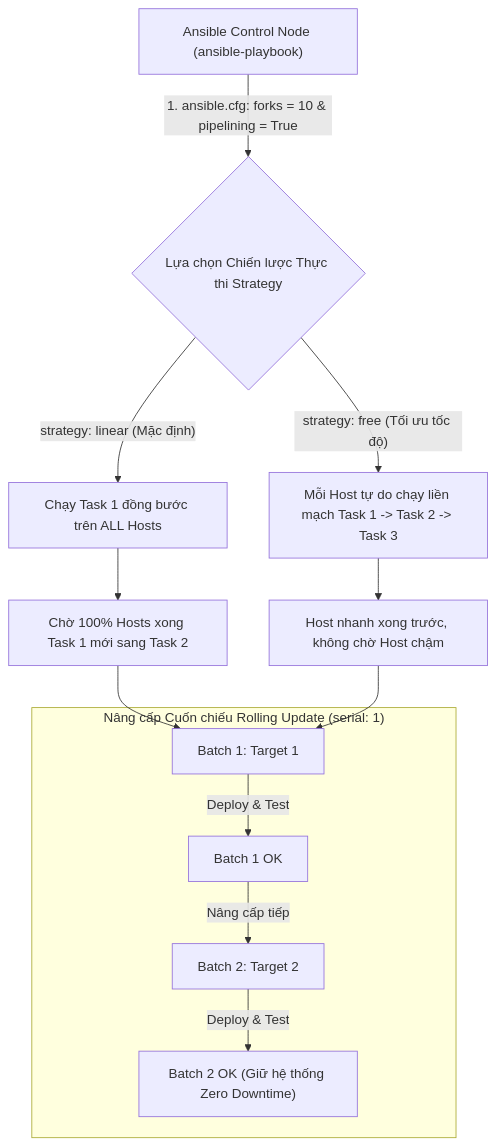
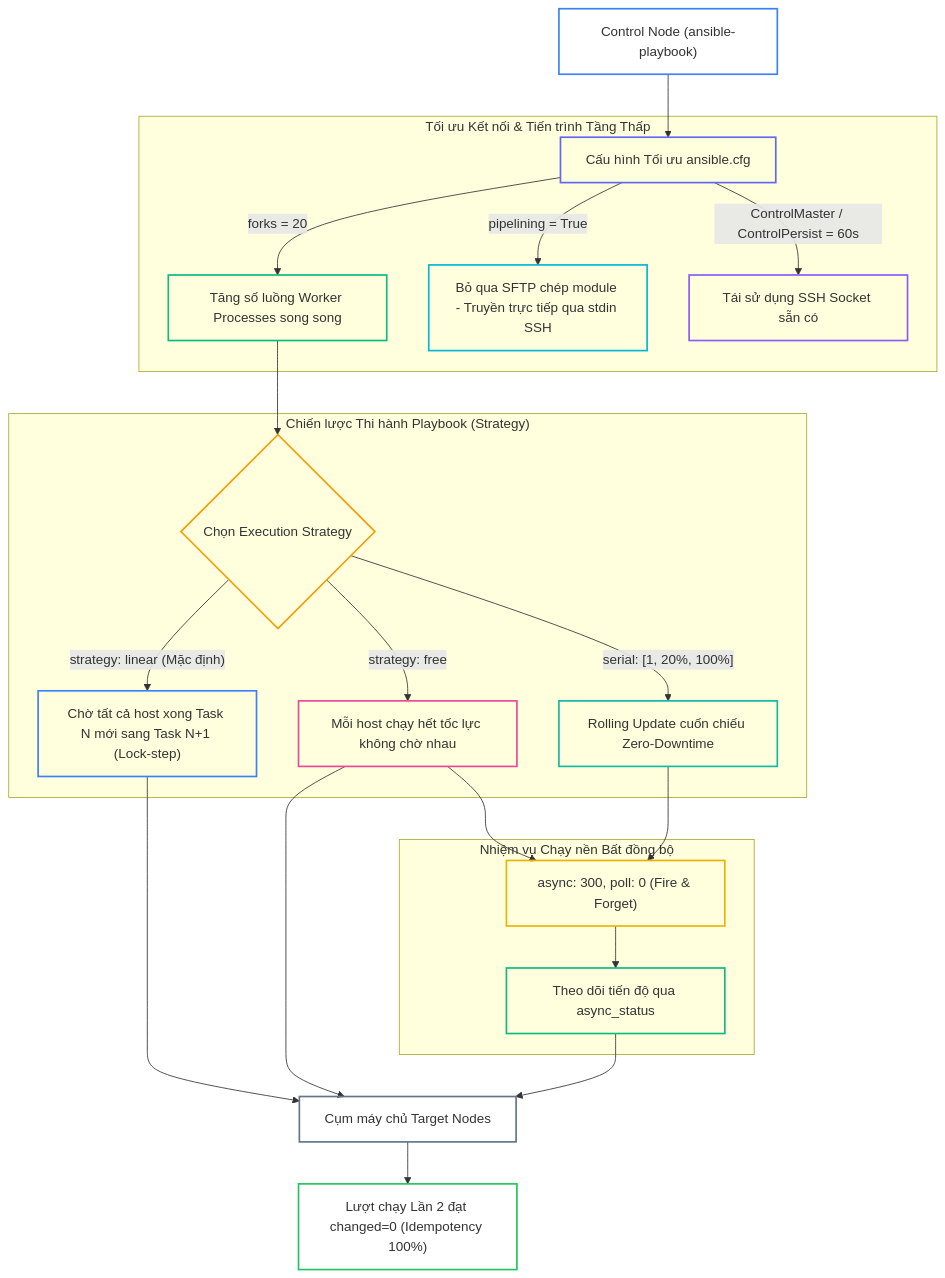
The first of 3 diagrams in _posts/2026-09-13-ansible-22-22-strategy-performance.md (kiennt308/ntk), drawn with Mermaid before and after one commit. The commit also changed other lines of this file and 30 other files, not shown here.

Commit message:
refactor(ansible): standardize all 31 posts to 7-section structure and clean QA cards

````diff
--- a/_posts/2026-09-13-ansible-22-22-strategy-performance.md
+++ b/_posts/2026-09-13-ansible-22-22-strategy-performance.md
@@ -82,19 +35,43 @@
 ```mermaid
 graph TD
-    A["Ansible Control Node (ansible-playbook)"] -->|"1. ansible.cfg: forks = 10 & pipelining = True"| B{"Lựa chọn Chiến lược Thực thi Strategy"}
+    A["Control Node (ansible-playbook)"] --> B["Cấu hình Tối ưu ansible.cfg"]
     
-    B -- "strategy: linear (Mặc định)" --> C["Chạy Task 1 đồng bước trên ALL Hosts"]
-    C --> D["Chờ 100% Hosts xong Task 1 mới sang Task 2"]
-    
-    B -- "strategy: free (Tối ưu tốc độ)" --> E["Mỗi Host tự do chạy liền mạch Task 1 -> Task 2 -> Task 3"]
-    E --> F["Host nhanh xong trước, không chờ Host chậm"]
-    
-    subgraph "Nâng cấp Cuốn chiếu Rolling Update (serial: 1)"
-        G["Batch 1: Target 1"] -->|"Deploy & Test"| H["Batch 1 OK"]
-        H -->|"Nâng cấp tiếp"| I["Batch 2: Target 2"]
-        I -->|"Deploy & Test"| J["Batch 2 OK (Giữ hệ thống Zero Downtime)"]
+    subgraph "Tối ưu Kết nối & Tiến trình Tầng Thấp"
+        B -->|"forks = 20"| C["Tăng số luồng Worker Processes song song"]
+        B -->|"pipelining = True"| D["Bỏ qua SFTP chép module - Truyền trực tiếp qua stdin SSH"]
+        B -->|"ControlMaster / ControlPersist = 60s"| E["Tái sử dụng SSH Socket sẵn có"]
     end
     
-    D --> G
-    F --> G
+    subgraph "Chiến lược Thi hành Playbook (Strategy)"
+        C --> F{"Chọn Execution Strategy"}
+        F -->|"strategy: linear (Mặc định)"| G["Chờ tất cả host xong Task N mới sang Task N+1 (Lock-step)"]
+        F -->|"strategy: free"| H["Mỗi host chạy hết tốc lực không chờ nhau"]
+        F -->|"serial: [1, 20%, 100%]"| I["Rolling Update cuốn chiếu Zero-Downtime"]
+    end
+    
+    subgraph "Nhiệm vụ Chạy nền Bất đồng bộ"
+        H --> J["async: 300, poll: 0 (Fire & Forget)"]
+        I --> J
+        J --> K["Theo dõi tiến độ qua async_status"]
+    end
+    
+    G --> L["Cụm máy chủ Target Nodes"]
+    H --> L
+    K --> L
+    
+    L --> M["Lượt chạy Lần 2 đạt changed=0 (Idempotency 100%)"]
+
+    style A fill:none,stroke:#3b82f6,stroke-width:2px
+    style B fill:none,stroke:#6366f1,stroke-width:2px
+    style C fill:none,stroke:#10b981,stroke-width:2px
+    style D fill:none,stroke:#06b6d4,stroke-width:2px
+    style E fill:none,stroke:#8b5cf6,stroke-width:2px
+    style F fill:none,stroke:#f59e0b,stroke-width:2px
+    style G fill:none,stroke:#3b82f6,stroke-width:2px
+    style H fill:none,stroke:#ec4899,stroke-width:2px
+    style I fill:none,stroke:#14b8a6,stroke-width:2px
+    style J fill:none,stroke:#eab308,stroke-width:2px
+    style K fill:none,stroke:#10b981,stroke-width:2px
+    style L fill:none,stroke:#64748b,stroke-width:2px
+    style M fill:none,stroke:#22c55e,stroke-width:2px
 ```
````
